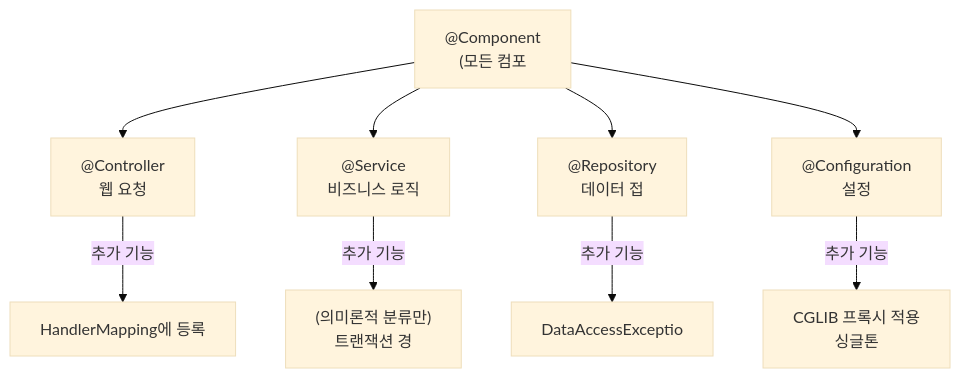
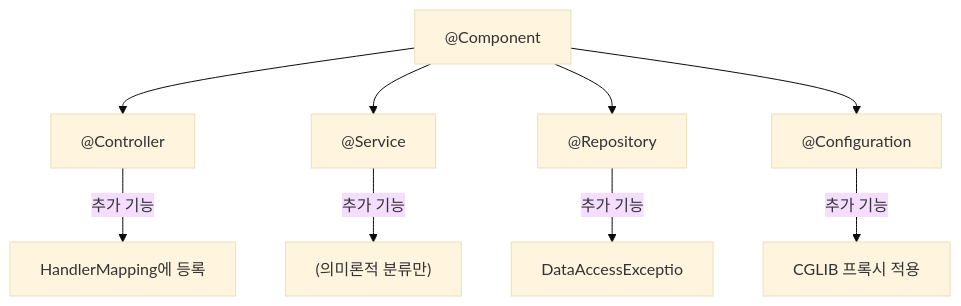
Before and after one commit to yjkim2015/yjkim2015.github.io: the fourth of 13 diagrams in _posts/spring/2026-05-02-spring-core-basic.md, drawn with Mermaid (base theme). The commit also changed other lines of this file and 217 other files, not shown here.

First line of the commit message:
Mermaid 크기 수정: useMaxWidth:true + SVG max-width:100% + 라벨 축소

````diff
--- a/_posts/spring/2026-05-02-spring-core-basic.md
+++ b/_posts/spring/2026-05-02-spring-core-basic.md
@@ -201,11 +201,11 @@
 ```mermaid
 graph TD
-    A["@Component\n(모든 컴포"] --> B["@Controller\n웹 요청"]
-    A --> C["@Service\n비즈니스 로직"]
-    A --> D["@Repository\n데이터 접"]
-    A --> E["@Configuration\n설정"]
+    A["@Component"] --> B["@Controller"]
+    A --> C["@Service"]
+    A --> D["@Repository"]
+    A --> E["@Configuration"]
     B -->|"추가 기능"| F["HandlerMapping에 등록"]
-    C -->|"추가 기능"| G["(의미론적 분류만)\n트랜잭션 경"]
+    C -->|"추가 기능"| G["(의미론적 분류만)"]
     D -->|"추가 기능"| H["DataAccessExceptio"]
-    E -->|"추가 기능"| I["CGLIB 프록시 적용\n싱글톤"]
+    E -->|"추가 기능"| I["CGLIB 프록시 적용"]
 ```
````
